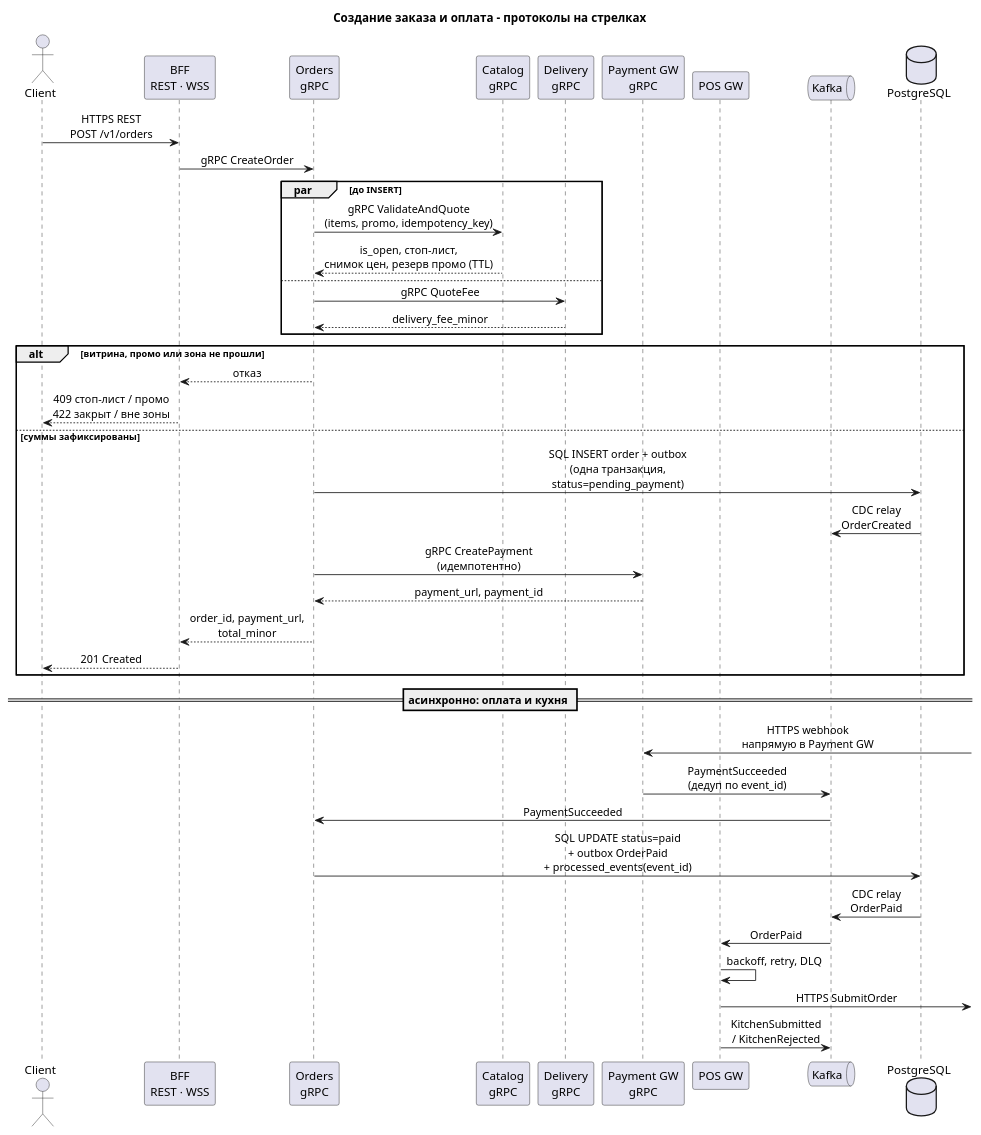
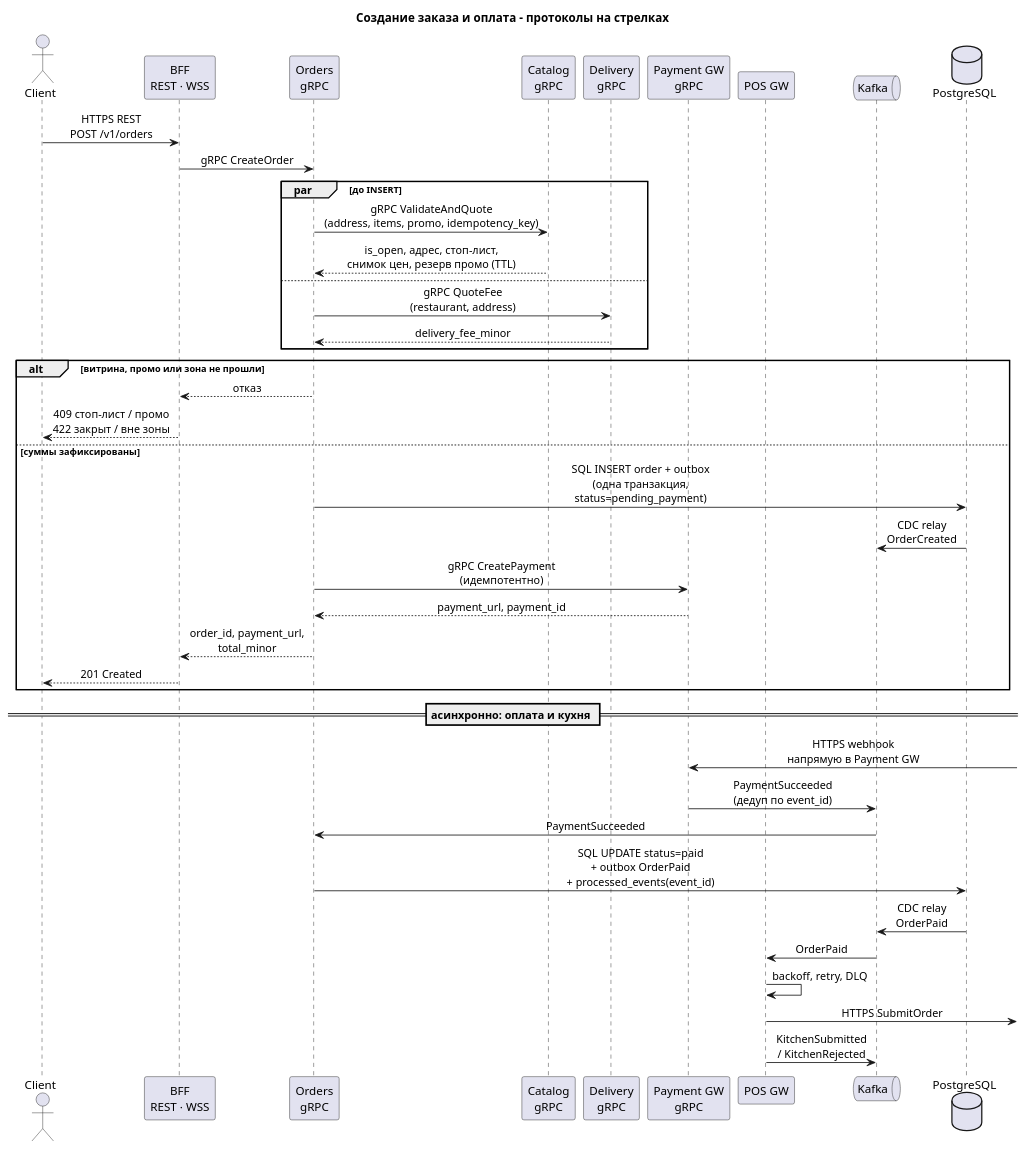
The diagram in hw_02/solution/diagrams/sequence-create-order.puml (Gomozov/otus-systemdesign-homework), drawn with PlantUML before and after one commit. The commit also changed 4 other files, not shown here.

```diff
--- a/hw_02/solution/diagrams/sequence-create-order.puml
+++ b/hw_02/solution/diagrams/sequence-create-order.puml
@@ -1,50 +1,50 @@
 @startuml sequence-create-order
 title Создание заказа и оплата - протоколы на стрелках
 skinparam sequenceMessageAlign center
 skinparam responseMessageBelowArrow true
 
 actor Client as C
 participant "BFF\nREST · WSS" as BFF
 participant "Orders\ngRPC" as ORD
 participant "Catalog\ngRPC" as CAT
 participant "Delivery\ngRPC" as DEL
 participant "Payment GW\ngRPC" as PAY
 participant "POS GW" as POS
 queue "Kafka" as KF
 database "PostgreSQL" as PG
 
 C -> BFF: HTTPS REST\nPOST /v1/orders
 BFF -> ORD: gRPC CreateOrder
 
 par до INSERT
-  ORD -> CAT: gRPC ValidateAndQuote\n(items, promo, idempotency_key)
-  CAT --> ORD: is_open, стоп-лист,\nснимок цен, резерв промо (TTL)
+  ORD -> CAT: gRPC ValidateAndQuote\n(address, items, promo, idempotency_key)
+  CAT --> ORD: is_open, адрес, стоп-лист,\nснимок цен, резерв промо (TTL)
 else
-  ORD -> DEL: gRPC QuoteFee
+  ORD -> DEL: gRPC QuoteFee\n(restaurant, address)
   DEL --> ORD: delivery_fee_minor
 end
 
 alt витрина, промо или зона не прошли
   ORD --> BFF: отказ
   BFF --> C: 409 стоп-лист / промо\n422 закрыт / вне зоны
 else суммы зафиксированы
   ORD -> PG: SQL INSERT order + outbox\n(одна транзакция,\nstatus=pending_payment)
   PG -> KF: CDC relay\nOrderCreated
   ORD -> PAY: gRPC CreatePayment\n(идемпотентно)
   PAY --> ORD: payment_url, payment_id
   ORD --> BFF: order_id, payment_url,\ntotal_minor
   BFF --> C: 201 Created
 end
 
 == асинхронно: оплата и кухня ==
 PAY <-] : HTTPS webhook\nнапрямую в Payment GW
 PAY -> KF: PaymentSucceeded\n(дедуп по event_id)
 KF -> ORD: PaymentSucceeded
 ORD -> PG: SQL UPDATE status=paid\n+ outbox OrderPaid\n+ processed_events(event_id)
 PG -> KF: CDC relay\nOrderPaid
 KF -> POS: OrderPaid
 POS -> POS: backoff, retry, DLQ
 POS ->] : HTTPS SubmitOrder
 POS -> KF: KitchenSubmitted\n/ KitchenRejected
 
 @enduml
```
